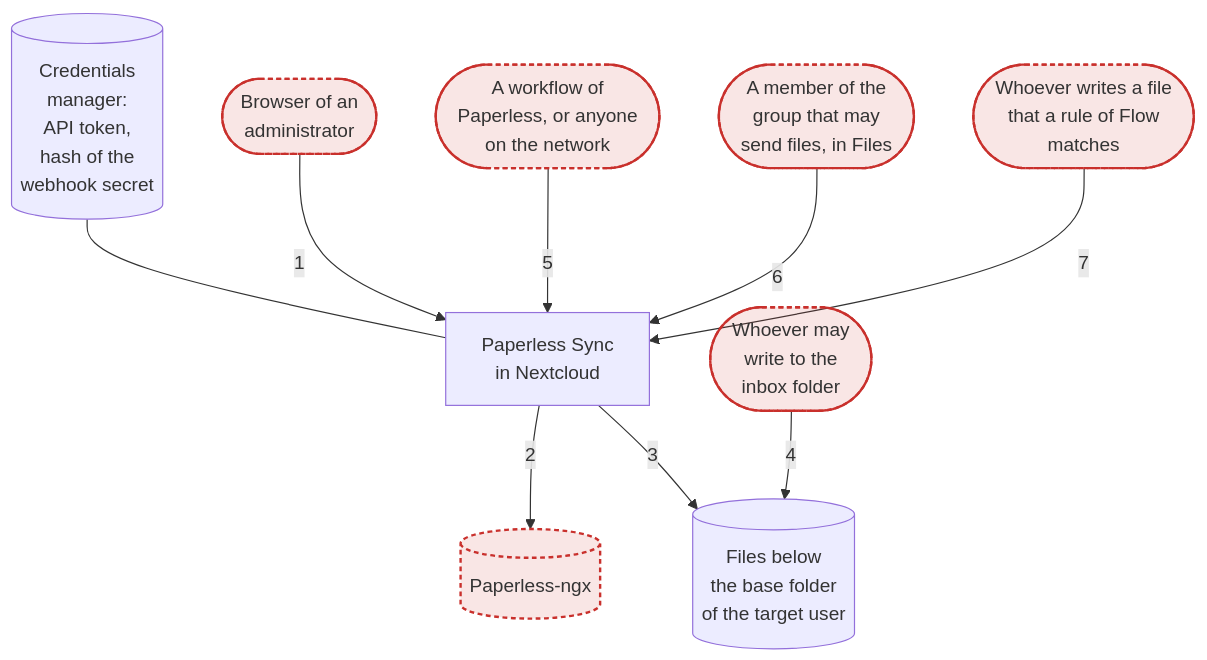
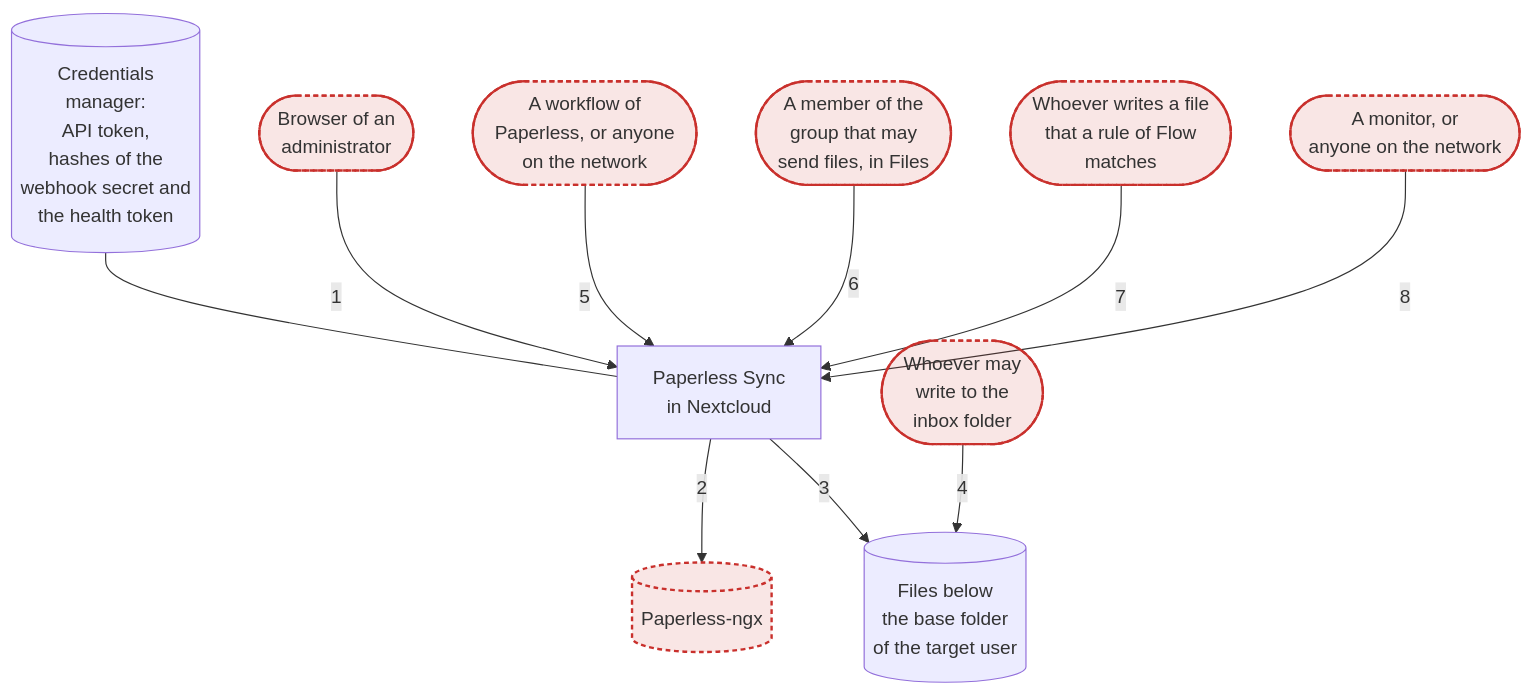
The diagram in docs/diagrams/the-trust-boundaries-of-paperless-sync.mmd (Dennis-Otto/paperless-sync), drawn with Mermaid before and after one commit. The commit also changed 47 other files, not shown here.

First line of the commit message:
feat(settings): a health check for monitors with a token of its own (#487)

```diff
--- a/docs/diagrams/the-trust-boundaries-of-paperless-sync.mmd
+++ b/docs/diagrams/the-trust-boundaries-of-paperless-sync.mmd
@@ -1,25 +1,27 @@
 flowchart TB
     accTitle: The trust boundaries of Paperless Sync
-    accDescr: Seven numbered arrows cross a trust boundary. 1: the browser of an administrator sends requests to Paperless Sync in Nextcloud. 2: the app calls Paperless-ngx. 3: the app writes the files below the base folder of the target user. 4: whoever may write to the inbox folder puts files there. 5: a workflow of Paperless-ngx, or anyone on the network, calls the webhook of the app. 6: a member of the group that may send files sends files of their own from Files. 7: a rule of Flow, which only an administrator saves, sends the files that it matches, of any user. The app keeps the API token and the hash of the secret of the webhook in the credentials manager. The browser, the writers of the inbox, Paperless-ngx, the callers of the webhook, the senders in Files and the users whose files a rule of Flow matches are untrusted and have a dashed red border.
+    accDescr: Eight numbered arrows cross a trust boundary. 1: the browser of an administrator sends requests to Paperless Sync in Nextcloud. 2: the app calls Paperless-ngx. 3: the app writes the files below the base folder of the target user. 4: whoever may write to the inbox folder puts files there. 5: a workflow of Paperless-ngx, or anyone on the network, calls the webhook of the app. 6: a member of the group that may send files sends files of their own from Files. 7: a rule of Flow, which only an administrator saves, sends the files that it matches, of any user. 8: a monitor, or anyone on the network, calls the health check of the app. The app keeps the API token and the hashes of the secret of the webhook and of the token of the health check in the credentials manager. The browser, the writers of the inbox, Paperless-ngx, the callers of the webhook, the senders in Files, the users whose files a rule of Flow matches and the callers of the health check are untrusted and have a dashed red border.
 
-    credentials[("Credentials<br>manager:<br>API token,<br>hash of the<br>webhook secret")]
+    credentials[("Credentials<br>manager:<br>API token,<br>hashes of the<br>webhook secret and<br>the health token")]
     browser(["Browser of an<br>administrator"])
     callers(["A workflow of<br>Paperless, or anyone<br>on the network"])
     app["Paperless Sync<br>in Nextcloud"]
     writers(["Whoever may<br>write to the<br>inbox folder"])
     senders(["A member of the<br>group that may<br>send files, in Files"])
     flow(["Whoever writes a file<br>that a rule of Flow<br>matches"])
+    monitor(["A monitor, or<br>anyone on the network"])
     paperless[("Paperless-ngx")]
     files[("Files below<br>the base folder<br>of the target user")]
 
     credentials --- app
     browser -- "1" --> app
     callers -- "5" --> app
     senders -- "6" --> app
     flow -- "7" --> app
+    monitor -- "8" --> app
     app -- "2" --> paperless
     app -- "3" --> files
     writers -- "4" --> files
 
     classDef untrusted fill:#c9302c1f,stroke:#c9302c,stroke-width:2px,stroke-dasharray:4 3
-    class browser,callers,writers,senders,flow,paperless untrusted
+    class browser,callers,writers,senders,flow,monitor,paperless untrusted
```
